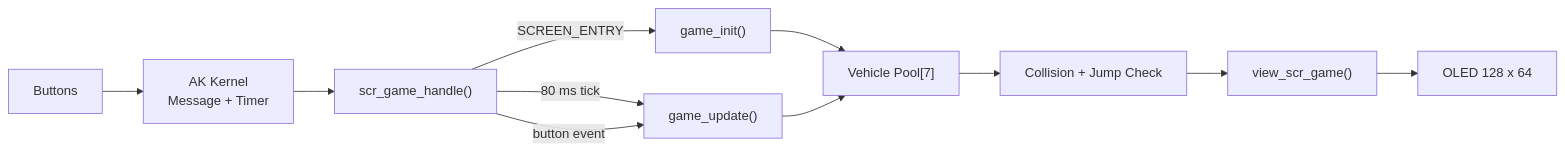
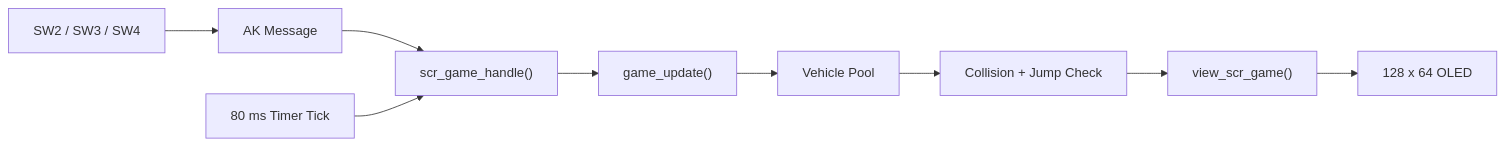
The diagram in README.md (bin115-glitch/Reverse-Lane), drawn with Mermaid before and after one commit. The commit also changed other lines of this file and 1 other file, not shown here.

Commit message:
Update README showcase and OLED preview animation

````diff
--- a/README.md
+++ b/README.md
@@ -92,21 +96,20 @@
 ```mermaid
 flowchart LR
-    Input["Buttons"]
-    Kernel["AK Kernel<br/>Message + Timer"]
+    Button["SW2 / SW3 / SW4"]
+    Message["AK Message"]
     Screen["scr_game_handle()"]
-    Init["game_init()"]
+    Timer["80 ms Timer Tick"]
     Update["game_update()"]
-    Vehicles["Vehicle Pool[7]"]
+    Objects["Vehicle Pool"]
     Collision["Collision + Jump Check"]
     Render["view_scr_game()"]
-    OLED["OLED 128 x 64"]
+    OLED["128 x 64 OLED"]
 
-    Input --> Kernel --> Screen
-    Screen -->|SCREEN_ENTRY| Init
-    Screen -->|80 ms tick| Update
-    Screen -->|button event| Update
-    Init --> Vehicles
-    Update --> Vehicles
-    Vehicles --> Collision
-    Collision --> Render --> OLED
+    Button --> Message --> Screen
+    Timer --> Screen
+    Screen --> Update
+    Update --> Objects
+    Objects --> Collision
+    Collision --> Render
+    Render --> OLED
 ```
````
